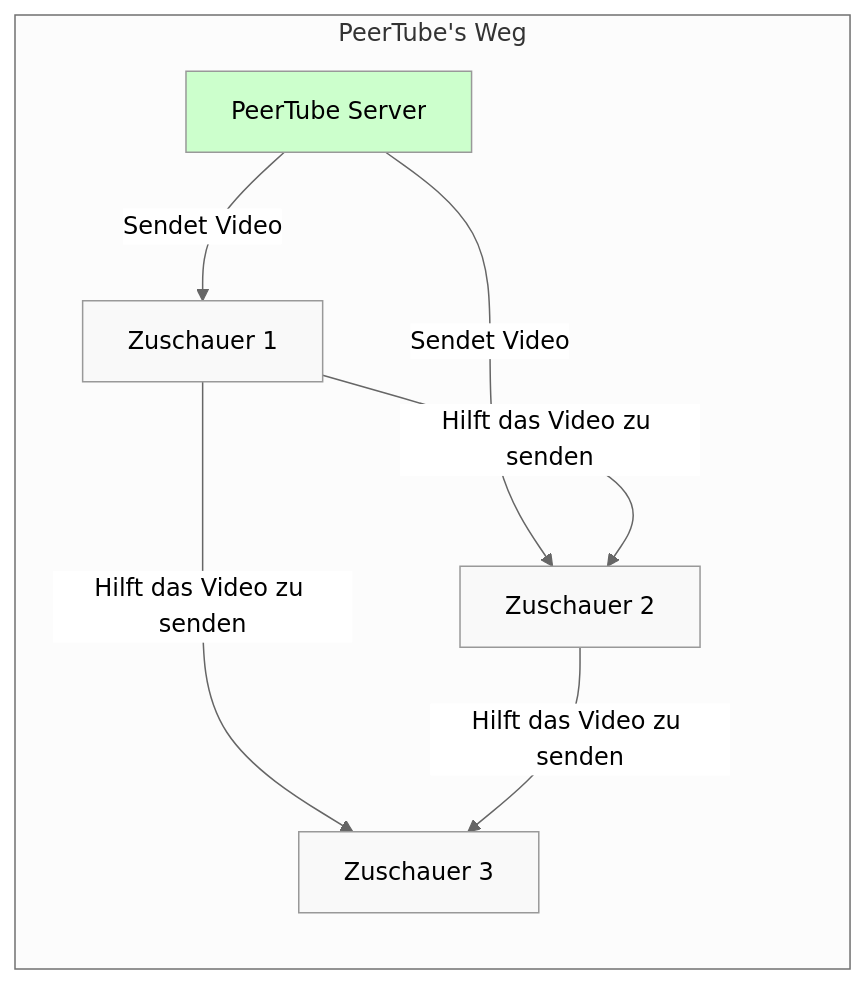
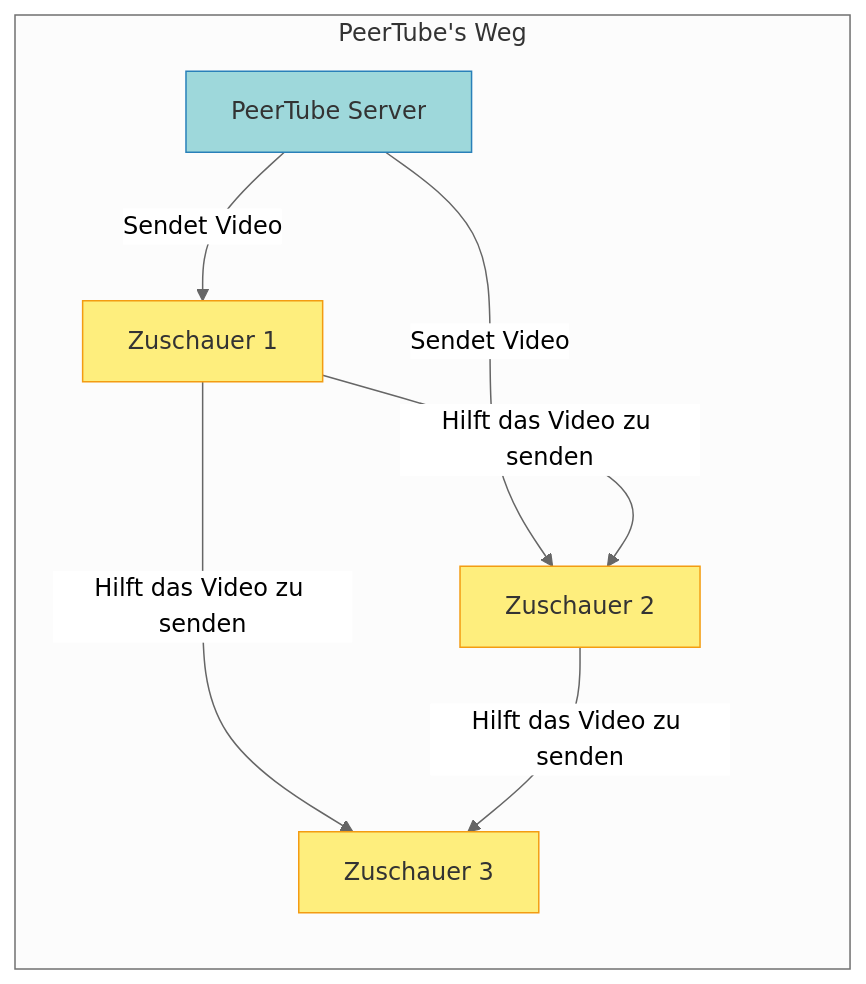
The third of 5 diagrams in slides.md (Y0ngg4n/peertube-presentation), drawn with Mermaid (neutral theme) before and after one commit. The commit also changed other lines of this file, not shown here.

Commit message:
Fix diagram theming

````diff
--- a/slides.md
+++ b/slides.md
@@ -86,15 +87,14 @@
 ```mermaid
 flowchart LR
     subgraph "PeerTube's Weg"
         PS[PeerTube Server] -->|Sendet Video| PV1[Zuschauer 1]
         PS -->|Sendet Video| PV2[Zuschauer 2]
         PV1 -->|Hilft das Video zu senden| PV2
         PV1 -->|Hilft das Video zu senden| PV3[Zuschauer 3]
         PV2 -->|Hilft das Video zu senden| PV3
     end
-    
-    style PS fill:#ccffcc
-    style PV1 fill:#f9f9f9
-    style PV2 fill:#f9f9f9
-    style PV3 fill:#f9f9f9
+    style PS fill:#9ED8DB,stroke:#2980B9,color:#333333
+    style PV1 fill:#FEEE7D,stroke:#F39C12,color:#333333
+    style PV2 fill:#FEEE7D,stroke:#F39C12,color:#333333
+    style PV3 fill:#FEEE7D,stroke:#F39C12,color:#333333
 ```
````
